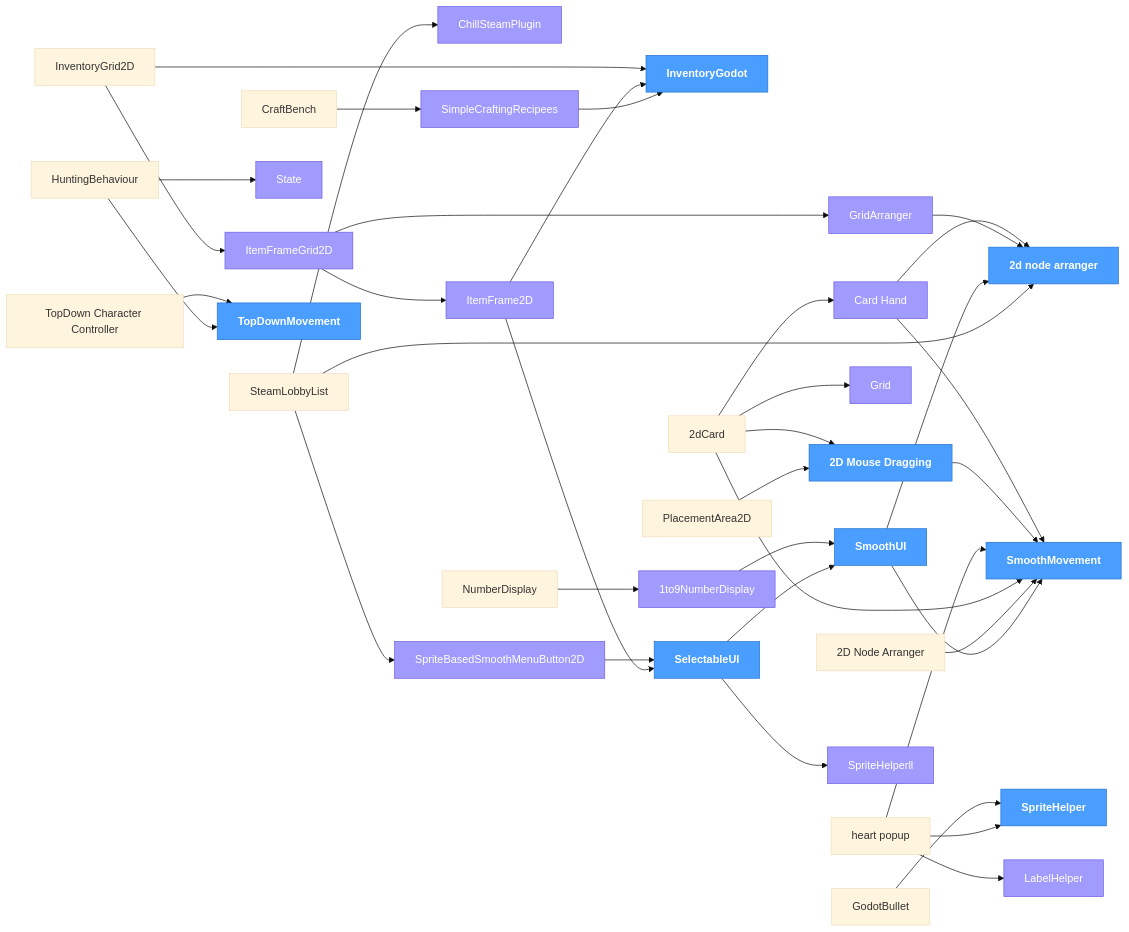
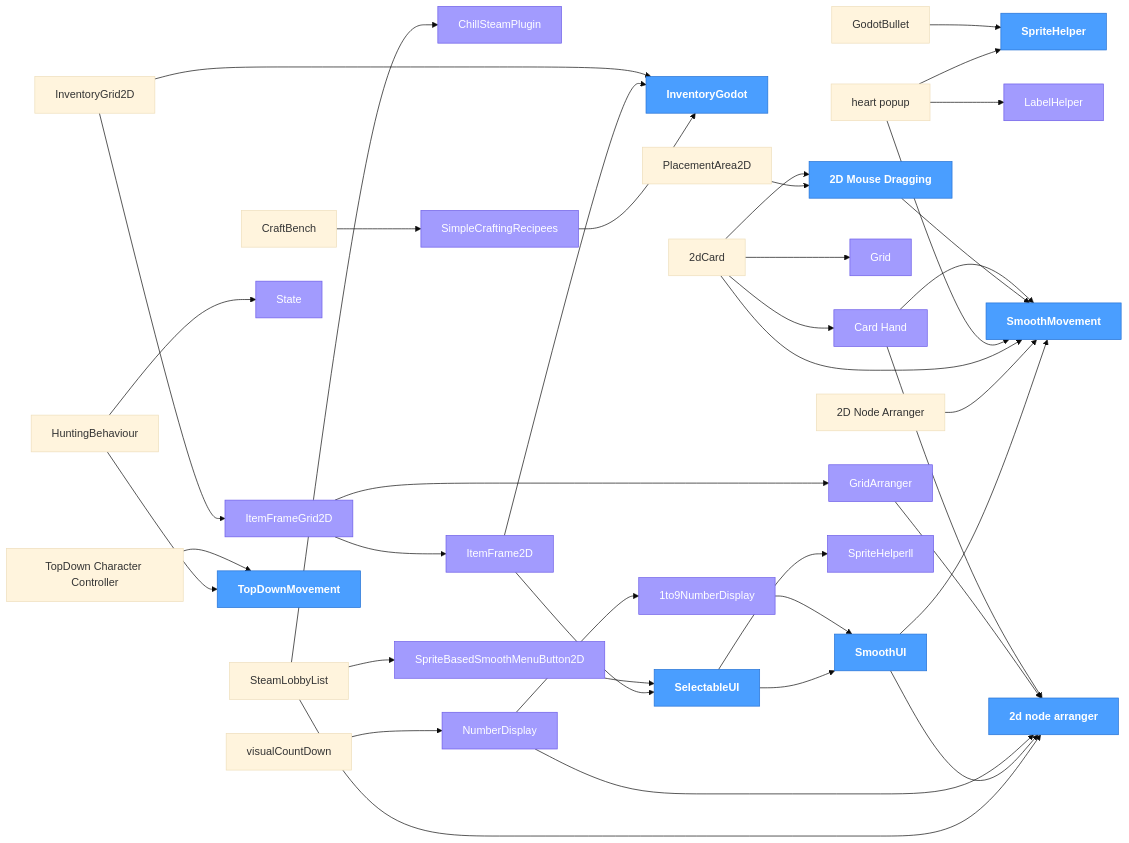
One commit to ChillCube/.github changed the diagram in ADDONS.md. Above: the diagram before and after it, drawn with Mermaid (base theme). The commit also changed other lines of this file, not shown here.

Commit message:
registry: update dependency tree

````diff
--- a/ADDONS.md
+++ b/ADDONS.md
@@ -159,6 +160,7 @@
     State["State"]
     SteamLobbyList["SteamLobbyList"]
     TopDownMovement["TopDownMovement"]
+    visualCountDown["visualCountDown"]
 
     Card_Hand --> Godot_SmoothMovement
     Card_Hand --> n_2d_node_arranger
@@ -186,6 +188,7 @@
     n_2dCard --> Godot_SmoothMovement
     n_2D_Node_Arranger --> Godot_SmoothMovement
     NumberDisplay --> n_1to9NumberDisplay
+    NumberDisplay --> n_2d_node_arranger
     PlacementArea2D --> Godot_2D_Mouse_Dragging
     SelectableUI --> SmoothUI
     SelectableUI --> SpriteHelperll
@@ -195,6 +198,7 @@
     SteamLobbyList --> ChillSteamPlugin
     SteamLobbyList --> Godot_SpriteBasedSmoothMenuButton2D
     SteamLobbyList --> n_2d_node_arranger
+    visualCountDown --> NumberDisplay
 
     class Card_Hand shared
     class ChillSteamPlugin shared
@@ -209,6 +213,7 @@
     class LabelHelper shared
     class n_1to9NumberDisplay shared
     class n_2d_node_arranger core
+    class NumberDisplay shared
     class SelectableUI core
     class SimpleCraftingRecipees shared
     class SmoothUI core
@@ -248,4 +253,5 @@
     click State href "https://github.com/ChillCube/State" _blank
     click SteamLobbyList href "https://github.com/ChillCube/SteamLobbyList" _blank
     click TopDownMovement href "https://github.com/ChillCube/TopDownMovement" _blank
+    click visualCountDown href "https://github.com/ChillCube/visualCountDown" _blank
 ```
````
